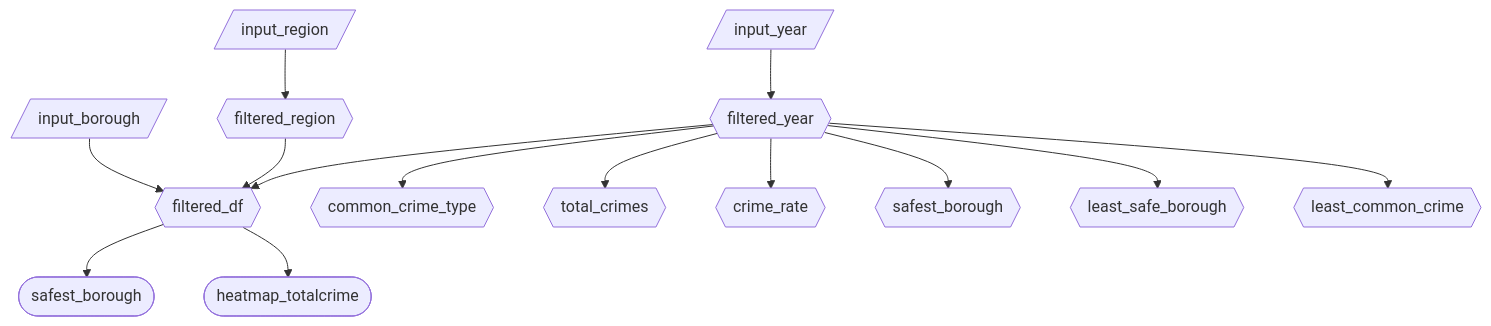
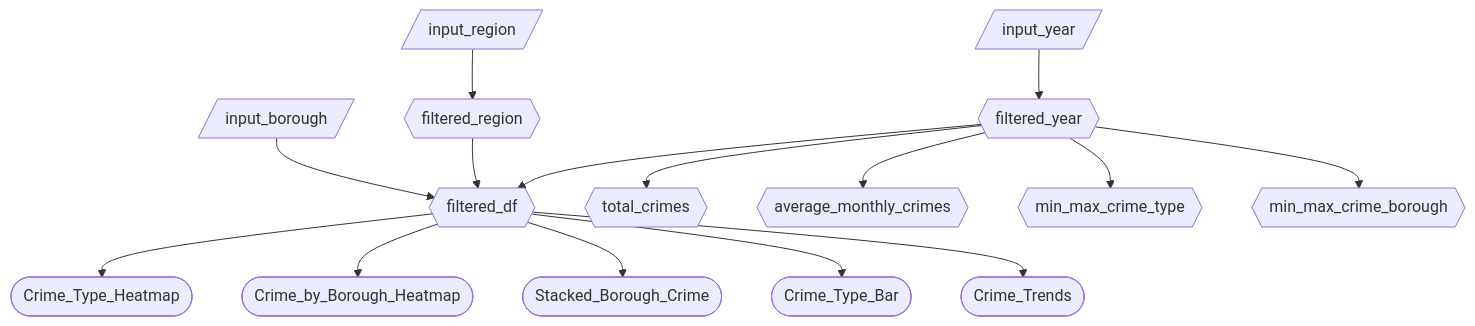
One commit to UBC-MDS/DSCI-532_2026_16_LondonCrime changed the diagram in reports/m2_spec.md. Above: the diagram before and after it, drawn with Mermaid.

Commit message:
fixed mermaid chart

````diff
--- a/reports/m2_spec.md
+++ b/reports/m2_spec.md
@@ -47,23 +47,24 @@
 ``` mermaid
 flowchart TD
   Y[/input_year/]
   R[/input_region/]
   B[/input_borough/]
 
   Y --> FY{{filtered_year}}
   R --> FR{{filtered_region}}
   B --> FD{{filtered_df}}
 
   FY --> FD
   FR --> FD
 
-  FY --> FN{{common_crime_type}}
   FY --> FL{{total_crimes}}
-  FY --> FK{{crime_rate}}
-  FY --> FZ{{safest_borough}}
-  FY --> FT{{least_safe_borough}}
-  FY --> FJ{{least_common_crime}}
+  FY --> FN{{average_monthly_crimes}}
+  FY --> FK{{min_max_crime_type}}
+  FY --> FZ{{min_max_crime_borough}}
 
-  FD --> O1([safest_borough])
-  FD --> O2([heatmap_totalcrime])
+  FD --> O2([Crime_Type_Heatmap])
+  FD --> O3([Crime_by_Borough_Heatmap])
+  FD --> O4([Stacked_Borough_Crime])
+  FD --> O5([Crime_Type_Bar])
+  FD --> O6([Crime_Trends])
 ```
````
